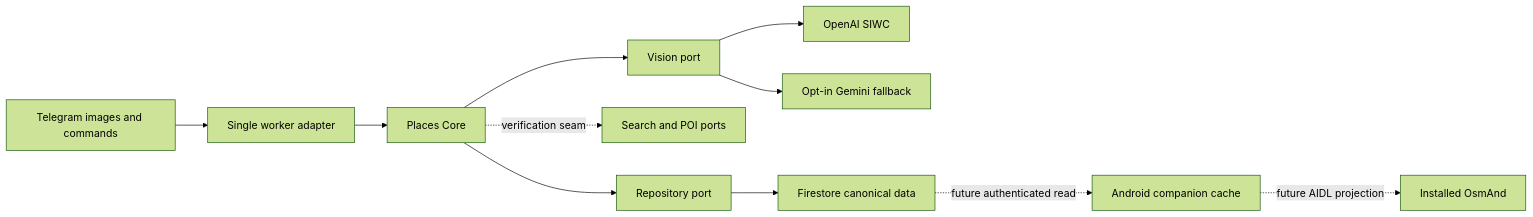
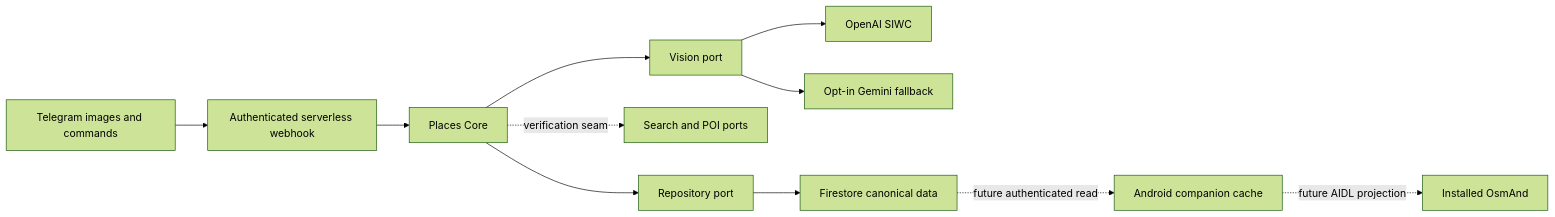
The diagram in docs/architecture.md (dd64ru/Mom-I-am-OK-find-places), drawn with Mermaid (forest theme) before and after one commit. The commit also changed other lines of this file and 46 other files, not shown here.

Commit message:
Replace GCE worker with scale-to-zero authenticated Functions webhook

````diff
--- a/docs/architecture.md
+++ b/docs/architecture.md
@@ -3,13 +3,13 @@
 ```mermaid
 flowchart LR
-  T[Telegram images and commands] --> W[Single worker adapter]
+  T[Telegram images and commands] --> W[Authenticated serverless webhook]
   W --> C[Places Core]
   C --> V[Vision port]
   V --> O[OpenAI SIWC]
   V --> G[Opt-in Gemini fallback]
   C -. verification seam .-> S[Search and POI ports]
   C --> R[Repository port]
   R --> F[Firestore canonical data]
   F -. future authenticated read .-> A[Android companion cache]
   A -. future AIDL projection .-> M[Installed OsmAnd]
 ```
````
